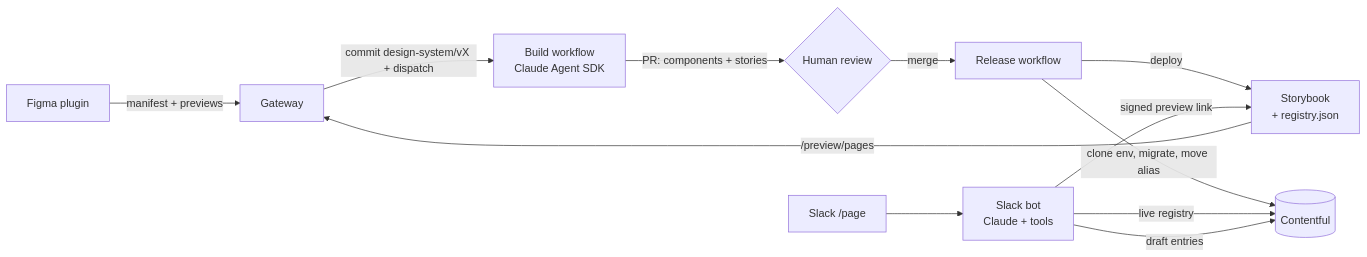
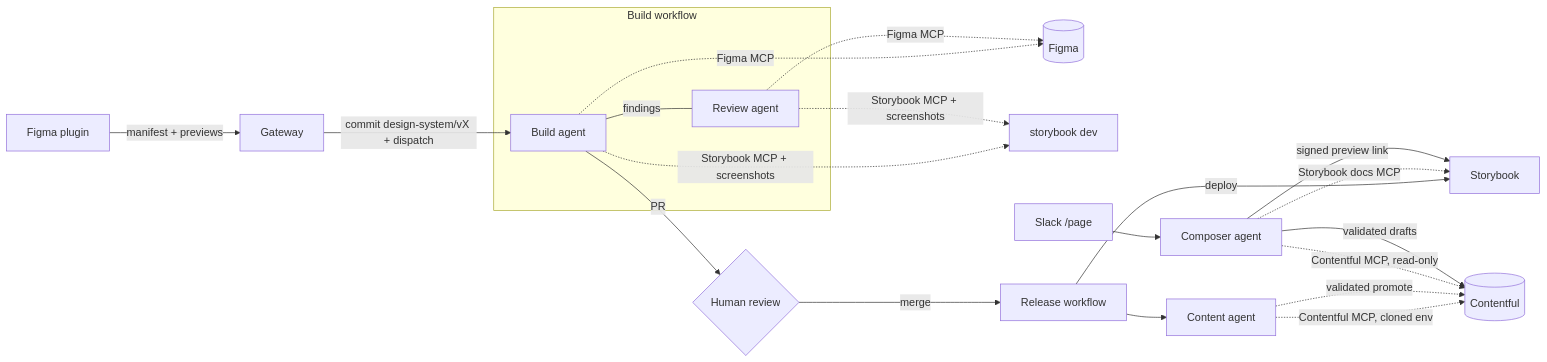
The diagram in README.md (k11kirky/StoryPage), drawn with Mermaid before and after one commit. The commit also changed other lines of this file and 55 other files, not shown here.

````diff
--- a/README.md
+++ b/README.md
@@ -10,14 +11,23 @@
 ```mermaid
 flowchart LR
   F[Figma plugin] -- manifest + previews --> G[Gateway]
-  G -- commit design-system/vX + dispatch --> B[Build workflow\nClaude Agent SDK]
-  B -- PR: components + stories --> R{Human review}
+  G -- commit design-system/vX + dispatch --> B
+  subgraph Build workflow
+    B[Build agent] -- findings --- V[Review agent]
+  end
+  B -. Figma MCP .-> FM[(Figma)]
+  V -. Figma MCP .-> FM
+  B -. Storybook MCP + screenshots .-> SD[storybook dev]
+  V -. Storybook MCP + screenshots .-> SD
+  B -- PR --> R{Human review}
   R -- merge --> L[Release workflow]
-  L -- deploy --> S[Storybook\n+ registry.json]
-  L -- clone env, migrate, move alias --> C[(Contentful)]
-  U[Slack /page] --> K[Slack bot\nClaude + tools]
-  K -- live registry --> C
-  K -- draft entries --> C
+  L -- deploy --> S[Storybook]
+  L --> CA[Content agent]
+  CA -. Contentful MCP, cloned env .-> C[(Contentful)]
+  CA -. validated promote .-> C
+  U[Slack /page] --> K[Composer agent]
+  K -. Storybook docs MCP .-> S
+  K -. Contentful MCP, read-only .-> C
+  K -- validated drafts --> C
   K -- signed preview link --> S
-  S -- /preview/pages --> G
 ```
````
